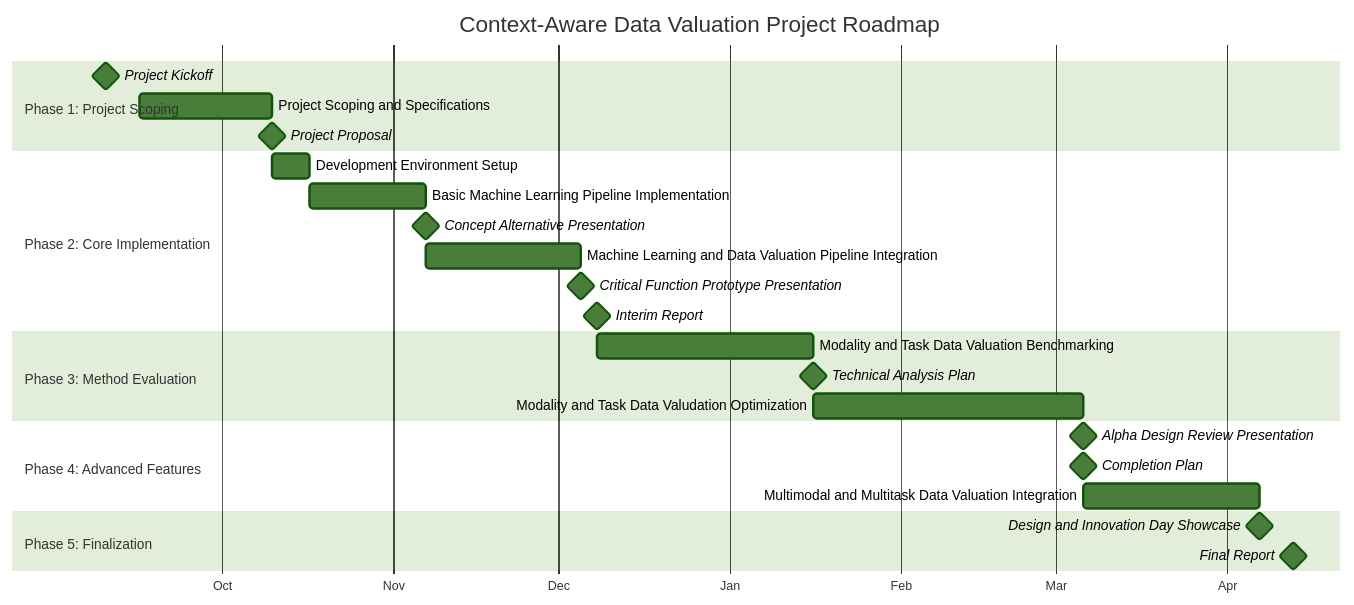
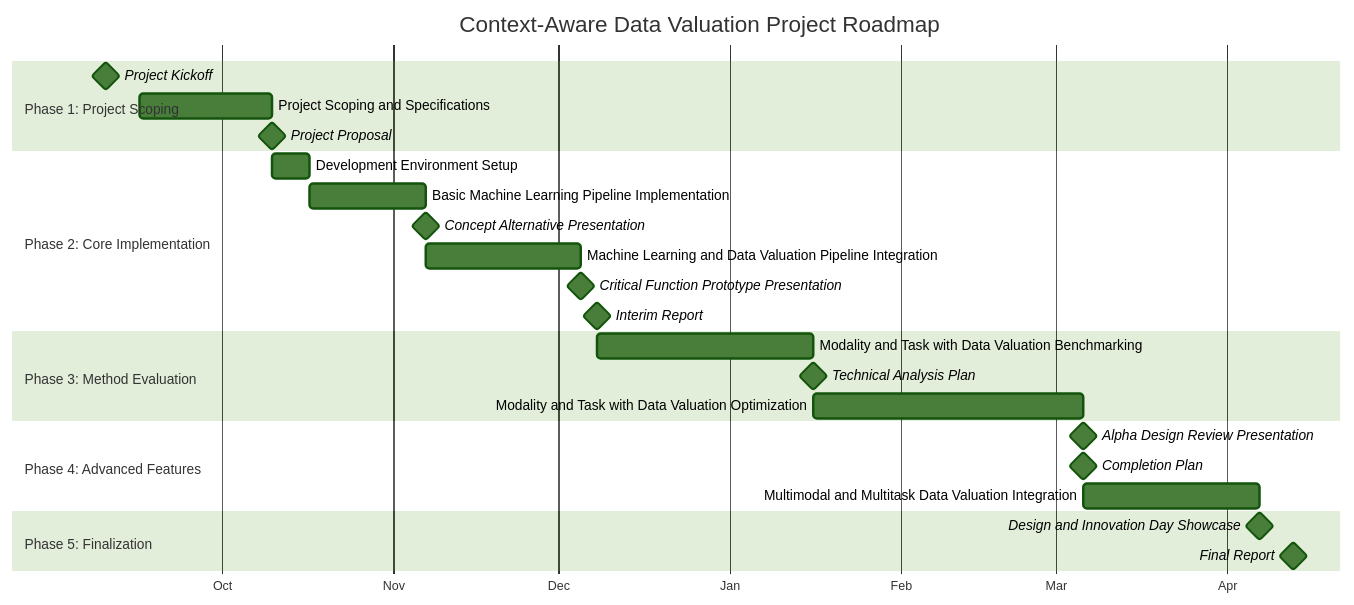
One commit to rsingla92/OpenMedImgDataVal changed the diagram in docs/ProjectRoadmap.md. Above: the diagram before and after it, drawn with Mermaid (forest theme).

Commit message:
fix(docs): typo and english

````diff
--- a/docs/ProjectRoadmap.md
+++ b/docs/ProjectRoadmap.md
@@ -5,33 +5,34 @@
 ```mermaid
 gantt
     title Context-Aware Data Valuation Project Roadmap
     dateFormat  MM-DD-YYYY
     axisFormat  %b
+    todayMarker off
 
     section Phase 1: Project Scoping
     Project Kickoff                             :milestone, m1, 09-10-2025, 0d
     Project Scoping and Specifications          :a1, 09-16-2025, 10-10-2025
     Project Proposal                            :milestone, m2, 10-10-2025, 0d
 
     section Phase 2: Core Implementation
     Development Environment Setup                               :b1, 10-10-2025, 10-17-2025
     Basic Machine Learning Pipeline Implementation              :b2, 10-17-2025, 11-07-2025
     Concept Alternative Presentation                            :milestone, m3, 11-07-2025, 0d
     Machine Learning and Data Valuation Pipeline Integration    :b3, 11-07-2025, 12-05-2025
     Critical Function Prototype Presentation                    :milestone, m4, 12-5-2025, 0d
     Interim Report                                              :milestone, m5, 12-8-2025, 0d
 
     section Phase 3: Method Evaluation
-    Modality and Task Data Valuation Benchmarking       :c1, 12-08-2025, 01-16-2026
-    Technical Analysis Plan                             :milestone, m6, 01-16-2026, 0d
-    Modality and Task Data Valudation Optimization      :c2, 01-16-2026, 03-06-2026
+    Modality and Task with Data Valuation Benchmarking      :c1, 12-08-2025, 01-16-2026
+    Technical Analysis Plan                                 :milestone, m6, 01-16-2026, 0d
+    Modality and Task with Data Valuation Optimization      :c2, 01-16-2026, 03-06-2026
 
     section Phase 4: Advanced Features
     Alpha Design Review Presentation                        :milestone, m7, 03-06-2026, 0d
     Completion Plan                                         :milestone, m8, 03-06-2026, 0d
     Multimodal and Multitask Data Valuation Integration     :d1, 03-06-2026, 04-07-2026
 
     section Phase 5: Finalization
     Design and Innovation Day Showcase      :milestone, m9, 04-07-2026, 0d
     Final Report                            :milestone, m10, 04-13-2026, 0d
 ```
````
